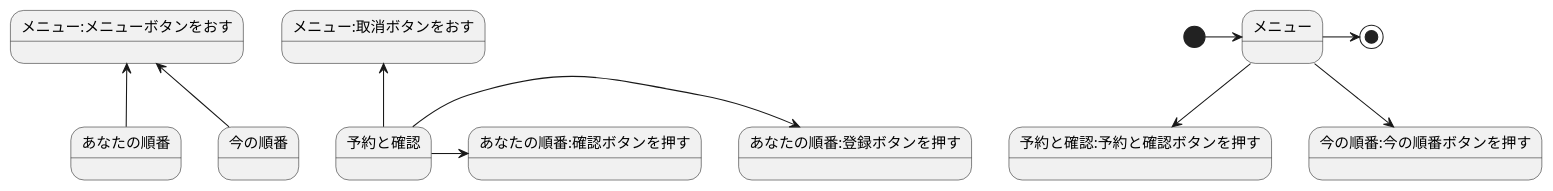
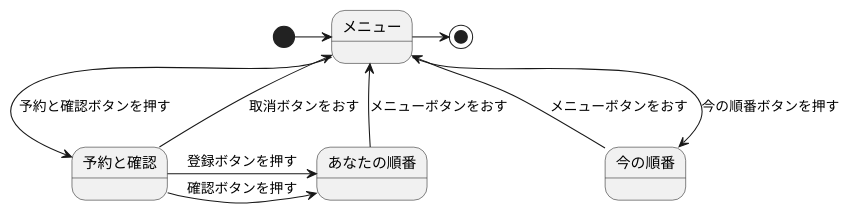
Before and after one commit to koha0516/uml-introduction: the diagram in 演習6-3_ステートマシン図_診察予約システム.pu, drawn with PlantUML.

```diff
--- a/演習6-3_ステートマシン図_診察予約システム.pu
+++ b/演習6-3_ステートマシン図_診察予約システム.pu
@@ -1,17 +1,17 @@
 @startuml 演習6-3
 state メニュー
 state 予約と確認
 state あなたの順番
 state 今の順番
 
 [*] -> メニュー
-メニュー -down-> 予約と確認:予約と確認ボタンを押す
-予約と確認 -up-> メニュー:取消ボタンをおす
-予約と確認 -> あなたの順番:登録ボタンを押す
-予約と確認 -> あなたの順番:確認ボタンを押す
-あなたの順番 -up-> メニュー:メニューボタンをおす
-今の順番 -up-> メニュー:メニューボタンをおす
-メニュー -down-> 今の順番:今の順番ボタンを押す
+メニュー -down-> 予約と確認 :予約と確認ボタンを押す
+予約と確認 -up-> メニュー :取消ボタンをおす
+予約と確認 -> あなたの順番 :登録ボタンを押す
+予約と確認 -> あなたの順番 :確認ボタンを押す
+あなたの順番 -up-> メニュー :メニューボタンをおす
+今の順番 -up-> メニュー :メニューボタンをおす
+メニュー -down-> 今の順番 :今の順番ボタンを押す
 メニュー -> [*]
 
 @enduml
```
